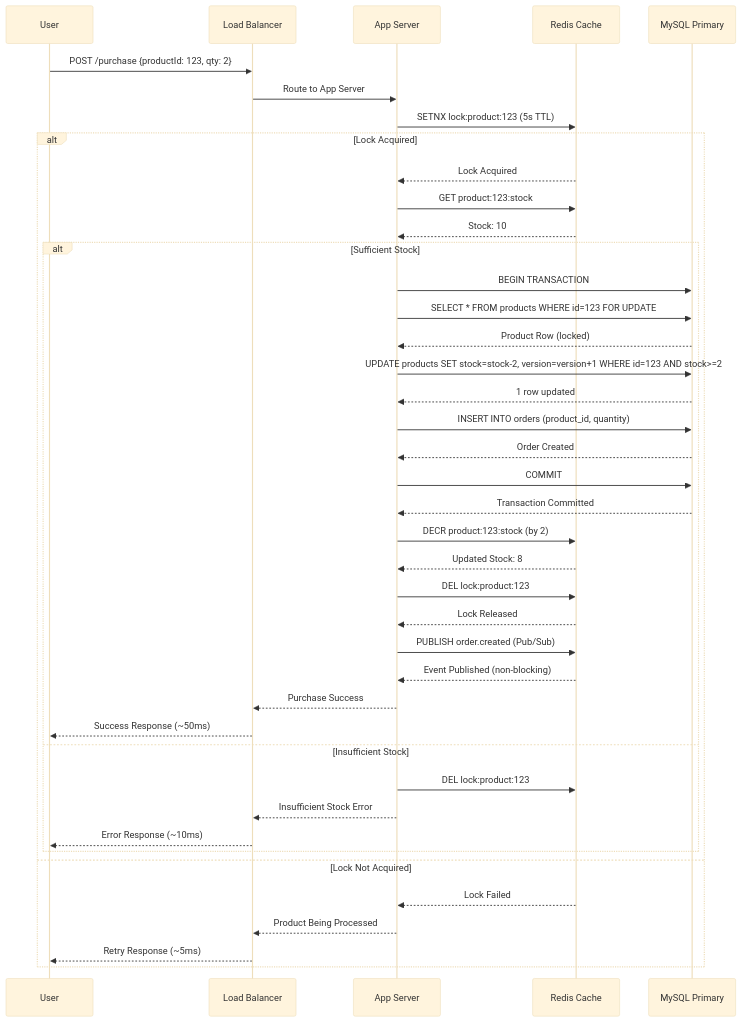
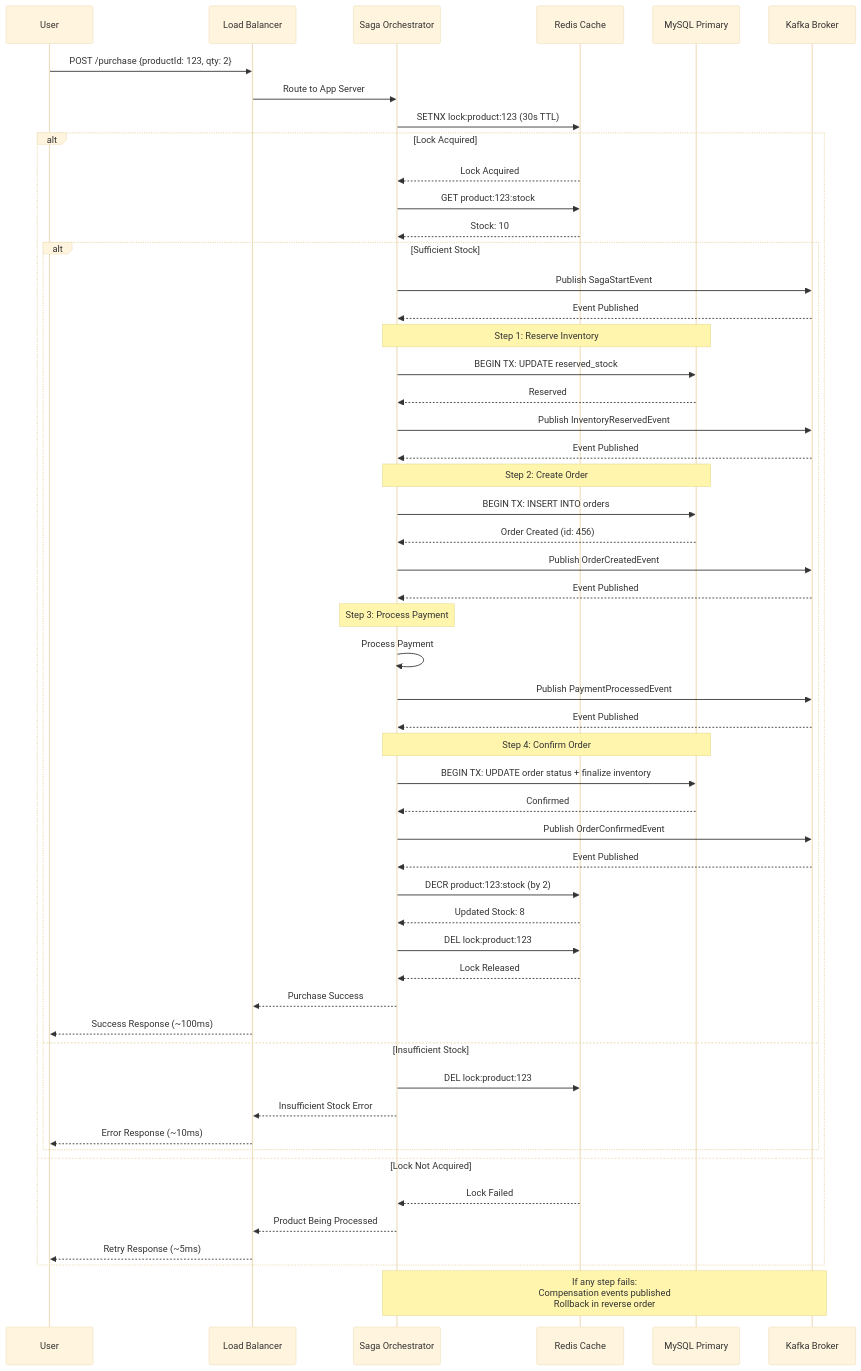
Before and after one commit to thailt/ecomerce: the third of 7 diagrams in architecture-diagram.md, drawn with Mermaid (base theme). The commit also changed other lines of this file and 4 other files, not shown here.

Commit message:
Implement Saga pattern + kafka

````diff
--- a/architecture-diagram.md
+++ b/architecture-diagram.md
@@ -78,54 +83,67 @@
 ```mermaid
 sequenceDiagram
     participant U as User
     participant LB as Load Balancer
-    participant APP as App Server
+    participant APP as Saga Orchestrator
     participant Redis as Redis Cache
     participant DB as MySQL Primary
+    participant KAFKA as Kafka Broker
     
     U->>LB: POST /purchase {productId: 123, qty: 2}
     LB->>APP: Route to App Server
     
-    APP->>Redis: SETNX lock:product:123 (5s TTL)
+    APP->>Redis: SETNX lock:product:123 (30s TTL)
     alt Lock Acquired
         Redis-->>APP: Lock Acquired
         
         APP->>Redis: GET product:123:stock
         Redis-->>APP: Stock: 10
         
         alt Sufficient Stock
-            APP->>DB: BEGIN TRANSACTION
-            APP->>DB: SELECT * FROM products WHERE id=123 FOR UPDATE
-            DB-->>APP: Product Row (locked)
+            APP->>KAFKA: Publish SagaStartEvent
+            KAFKA-->>APP: Event Published
             
-            APP->>DB: UPDATE products SET stock=stock-2, version=version+1 WHERE id=123 AND stock>=2
-            DB-->>APP: 1 row updated
+            Note over APP,DB: Step 1: Reserve Inventory
+            APP->>DB: BEGIN TX: UPDATE reserved_stock
+            DB-->>APP: Reserved
+            APP->>KAFKA: Publish InventoryReservedEvent
+            KAFKA-->>APP: Event Published
             
-            APP->>DB: INSERT INTO orders (product_id, quantity)
-            DB-->>APP: Order Created
+            Note over APP,DB: Step 2: Create Order
+            APP->>DB: BEGIN TX: INSERT INTO orders
+            DB-->>APP: Order Created (id: 456)
+            APP->>KAFKA: Publish OrderCreatedEvent
+            KAFKA-->>APP: Event Published
             
-            APP->>DB: COMMIT
-            DB-->>APP: Transaction Committed
+            Note over APP: Step 3: Process Payment
+            APP->>APP: Process Payment
+            APP->>KAFKA: Publish PaymentProcessedEvent
+            KAFKA-->>APP: Event Published
+            
+            Note over APP,DB: Step 4: Confirm Order
+            APP->>DB: BEGIN TX: UPDATE order status + finalize inventory
+            DB-->>APP: Confirmed
+            APP->>KAFKA: Publish OrderConfirmedEvent
+            KAFKA-->>APP: Event Published
             
             APP->>Redis: DECR product:123:stock (by 2)
             Redis-->>APP: Updated Stock: 8
             
             APP->>Redis: DEL lock:product:123
             Redis-->>APP: Lock Released
             
-            APP->>Redis: PUBLISH order.created (Pub/Sub)
-            Redis-->>APP: Event Published (non-blocking)
-            
             APP-->>LB: Purchase Success
-            LB-->>U: Success Response (~50ms)
+            LB-->>U: Success Response (~100ms)
         else Insufficient Stock
             APP->>Redis: DEL lock:product:123
             APP-->>LB: Insufficient Stock Error
             LB-->>U: Error Response (~10ms)
         end
     else Lock Not Acquired
         Redis-->>APP: Lock Failed
         APP-->>LB: Product Being Processed
         LB-->>U: Retry Response (~5ms)
     end
+    
+    Note over APP,KAFKA: If any step fails:<br/>Compensation events published<br/>Rollback in reverse order
 ```
````
